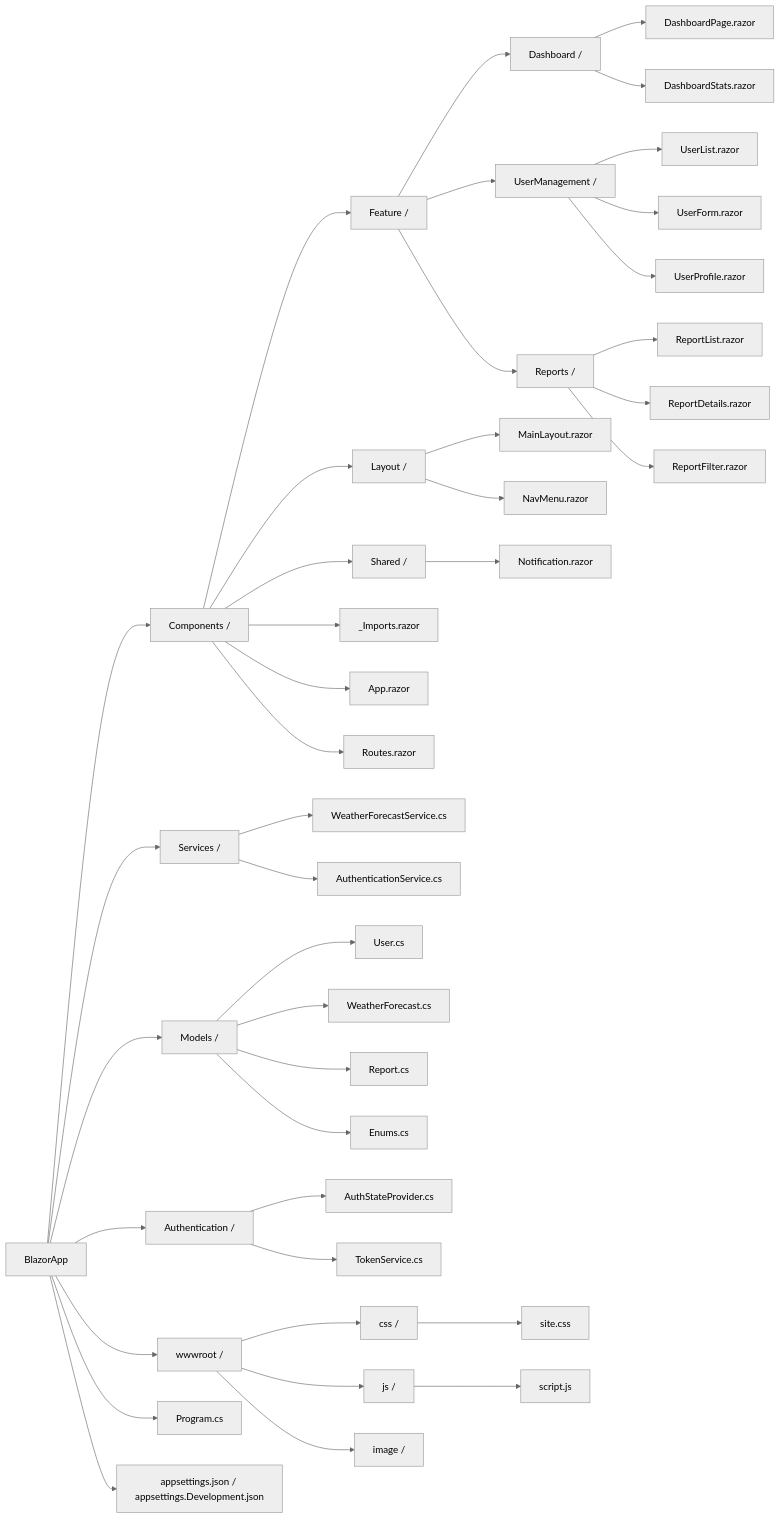
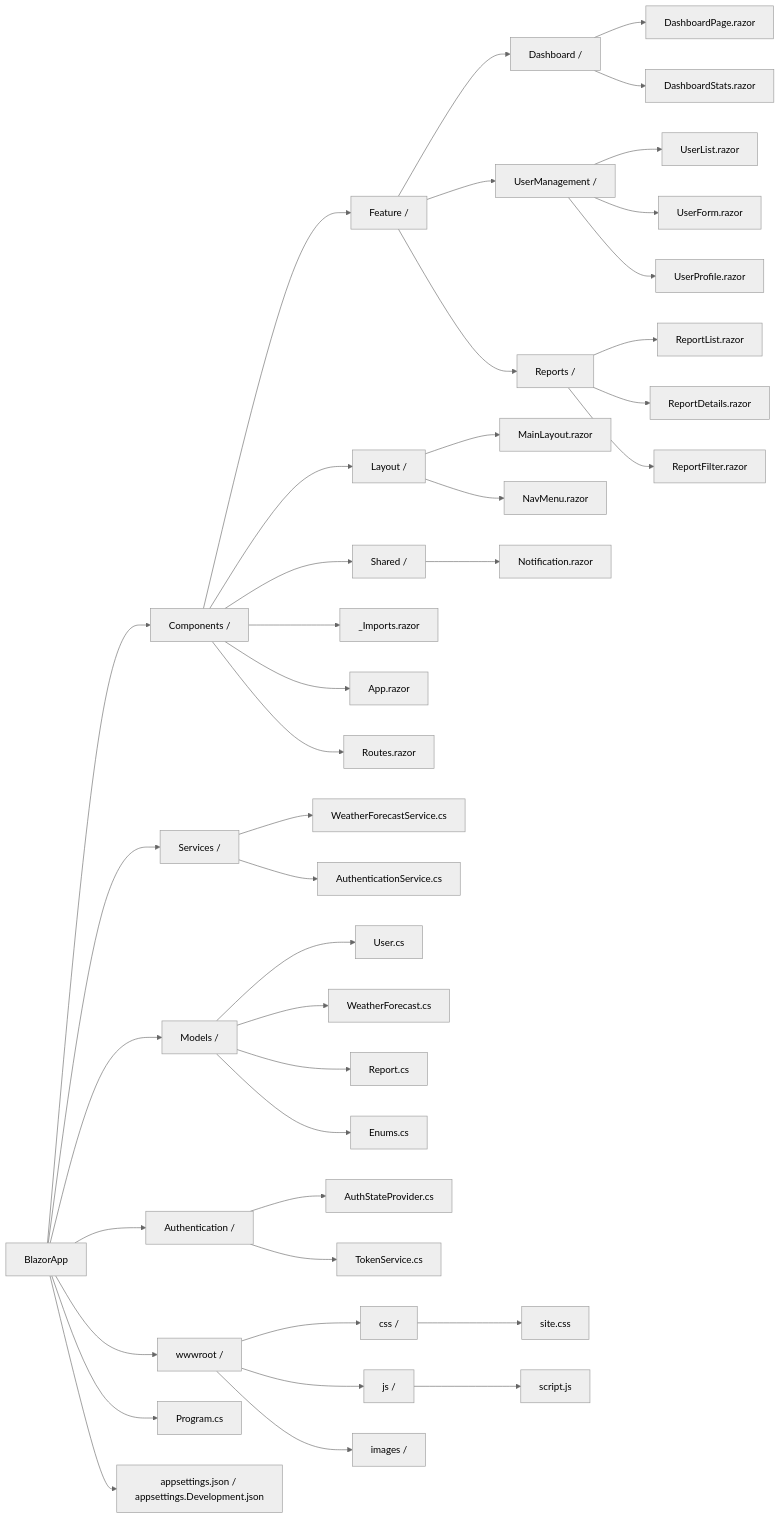
One commit to uwspstar/20-Day-Challenge-List changed the diagram in C#/Blazor/Basic/Blazor file structure.md. Above: the diagram before and after it, drawn with Mermaid (neutral theme). The commit also changed other lines of this file, not shown here.

Commit message:
Update Blazor file structure.md

````diff
--- a/C#/Blazor/Basic/Blazor file structure.md
+++ b/C#/Blazor/Basic/Blazor file structure.md
@@ -224,48 +224,48 @@
 ```mermaid
 graph LR
     A[BlazorApp] --> B[Components /]
     A --> S[Services /]
     A --> M[Models /]
     A --> AU[Authentication /]
     A --> W[wwwroot /]
     A --> P[Program.cs]
     A --> AppSettings[appsettings.json / appsettings.Development.json]
 
     B --> F[Feature /]
     F --> F1[Dashboard /]
     F1 --> F11[DashboardPage.razor]
     F1 --> F12[DashboardStats.razor]
     F --> F2[UserManagement /]
     F2 --> F21[UserList.razor]
     F2 --> F22[UserForm.razor]
     F2 --> F23[UserProfile.razor]
     F --> F3[Reports /]
     F3 --> F31[ReportList.razor]
     F3 --> F32[ReportDetails.razor]
     F3 --> F33[ReportFilter.razor]
     B --> L[Layout /]
     L --> L1[MainLayout.razor]
     L --> L2[NavMenu.razor]
     B --> Sh[Shared /]
     Sh --> Sh1[Notification.razor]
     B --> Import[_Imports.razor]
     B --> App[App.razor]
     B --> Routes[Routes.razor]
 
     S --> S1[WeatherForecastService.cs]
     S --> S2[AuthenticationService.cs]
 
     M --> M1[User.cs]
     M --> M2[WeatherForecast.cs]
     M --> M3[Report.cs]
     M --> M4[Enums.cs]
 
     AU --> AU1[AuthStateProvider.cs]
     AU --> AU2[TokenService.cs]
 
     W --> WC[css /]
     WC --> WC1[site.css]
     W --> WJ[js /]
     WJ --> WJ1[script.js]
-    W --> WI[image /]
+    W --> WI[images /]
 ```
````
